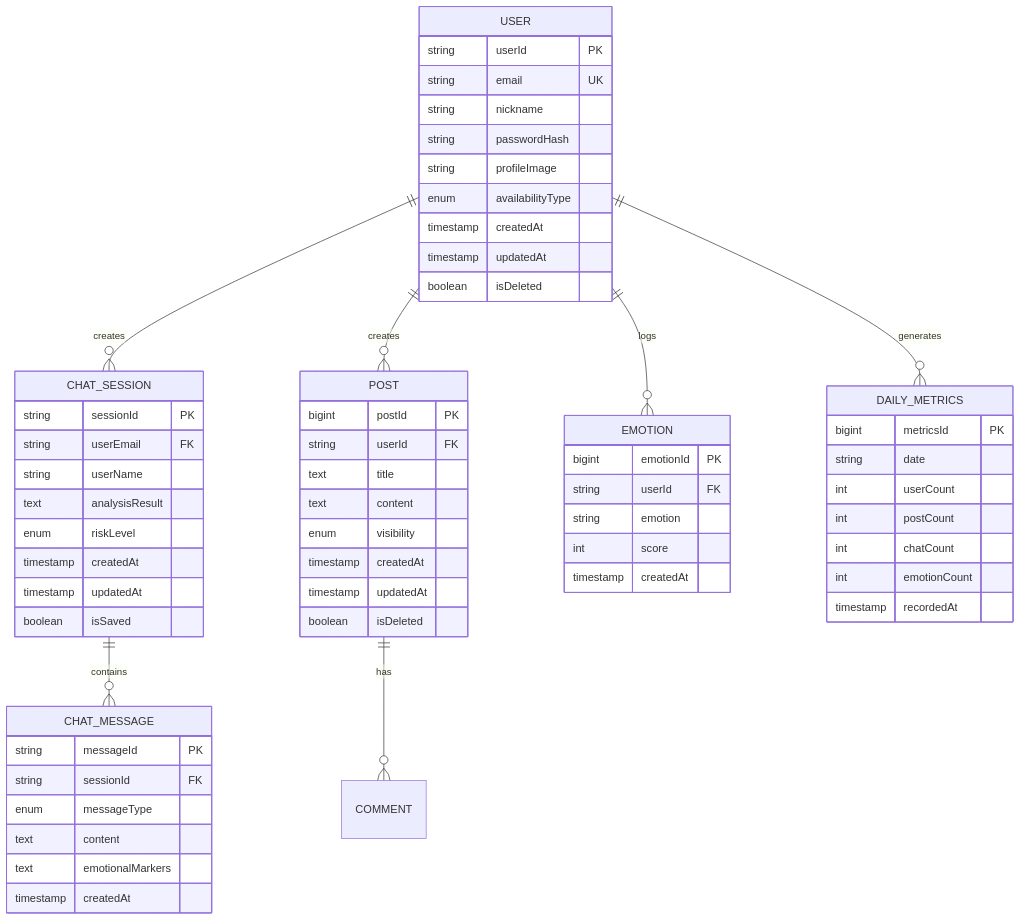
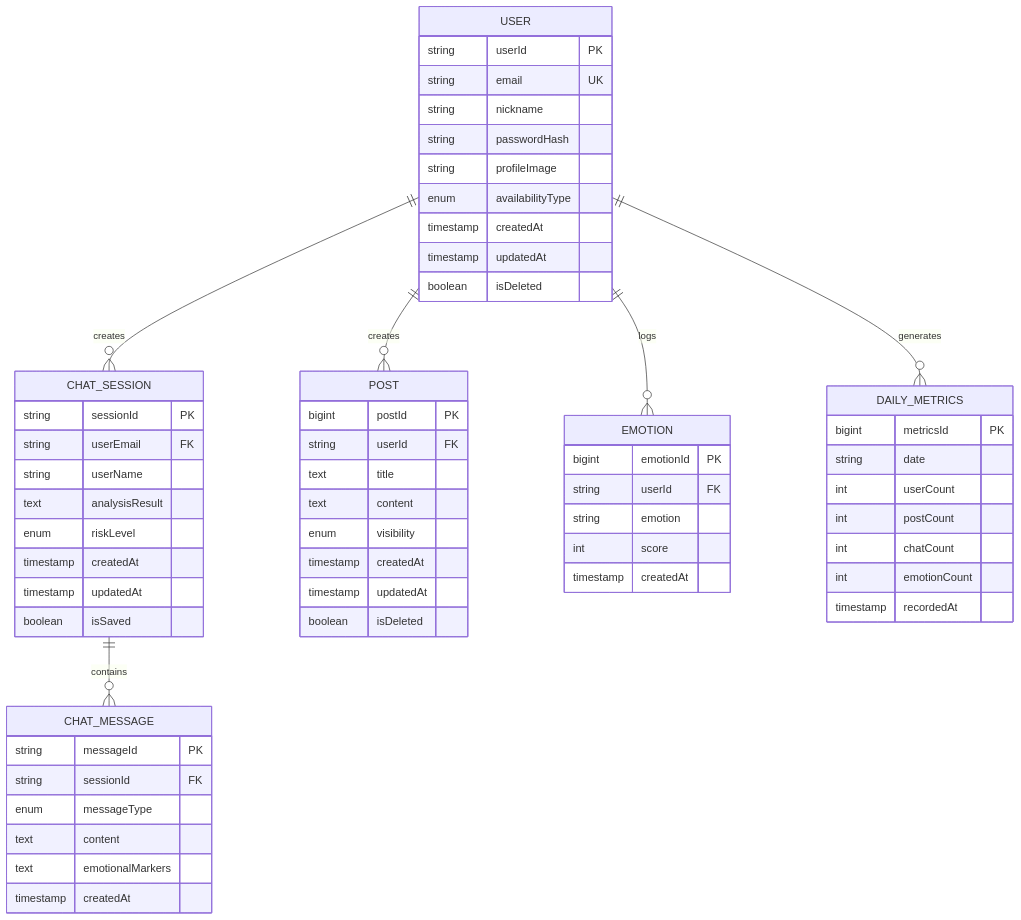
The diagram in docs/ERD.md (nn98/Mind_Bridge_BE), drawn with Mermaid before and after one commit. The commit also changed 1 other file, not shown here.

Commit message:
docs: 깨진 다이어그램 수정

````diff
--- a/docs/ERD.md
+++ b/docs/ERD.md
@@ -1,70 +1,69 @@
 ```mermaid
 erDiagram
     USER ||--o{ CHAT_SESSION : creates
     USER ||--o{ POST : creates
     USER ||--o{ EMOTION : logs
     CHAT_SESSION ||--o{ CHAT_MESSAGE : contains
-    POST ||--o{ COMMENT : has
     USER ||--o{ DAILY_METRICS : generates
     
     USER {
         string userId PK
         string email UK
         string nickname
         string passwordHash
         string profileImage
         enum availabilityType
         timestamp createdAt
         timestamp updatedAt
         boolean isDeleted
     }
     
     CHAT_SESSION {
         string sessionId PK
         string userEmail FK
         string userName
         text analysisResult
         enum riskLevel
         timestamp createdAt
         timestamp updatedAt
         boolean isSaved
     }
     
     CHAT_MESSAGE {
         string messageId PK
         string sessionId FK
         enum messageType
         text content
         text emotionalMarkers
         timestamp createdAt
     }
     
     POST {
         bigint postId PK
         string userId FK
         text title
         text content
         enum visibility
         timestamp createdAt
         timestamp updatedAt
         boolean isDeleted
     }
     
     EMOTION {
         bigint emotionId PK
         string userId FK
         string emotion
         int score
         timestamp createdAt
     }
     
     DAILY_METRICS {
         bigint metricsId PK
         string date
         int userCount
         int postCount
         int chatCount
         int emotionCount
         timestamp recordedAt
     }
 ```
````
